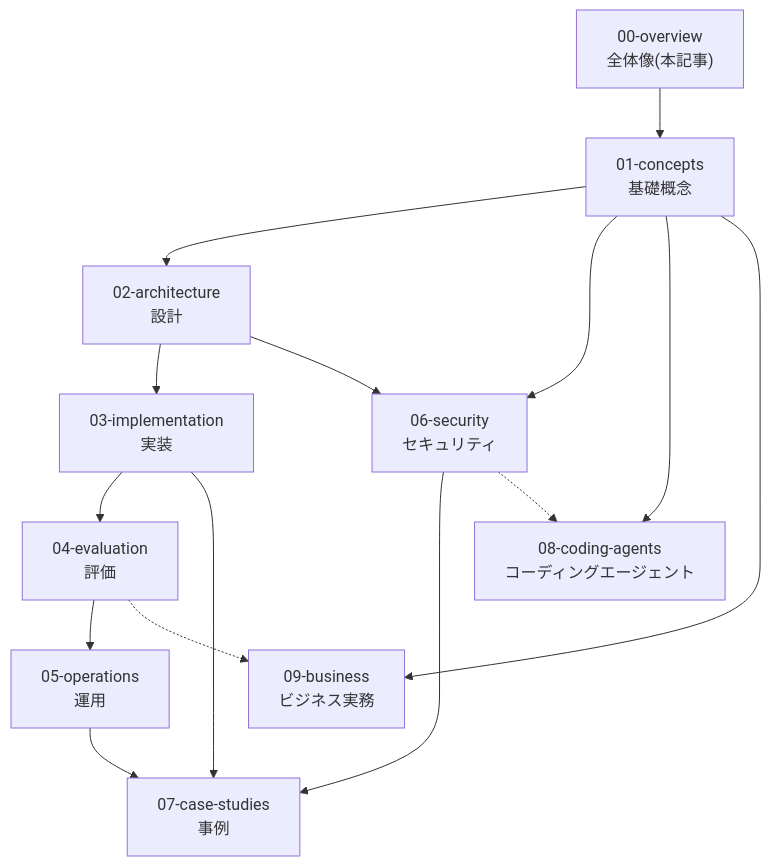
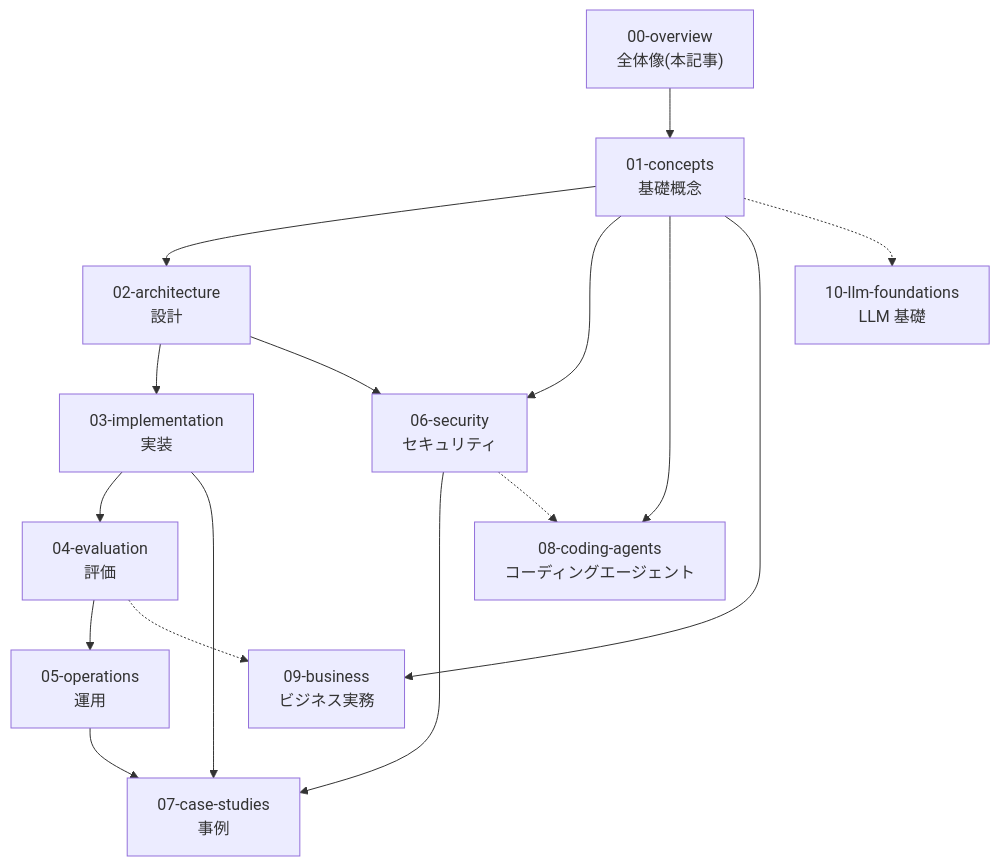
The diagram in docs/00-overview/learning-roadmap.md (pero3dev/ai-agent-library), drawn with Mermaid before and after one commit. The commit also changed other lines of this file and 33 other files, not shown here.

````diff
--- a/docs/00-overview/learning-roadmap.md
+++ b/docs/00-overview/learning-roadmap.md
@@ -32,17 +32,18 @@
 ```mermaid
 flowchart TD
     O["00-overview<br/>全体像(本記事)"] --> C1["01-concepts<br/>基礎概念"]
     C1 --> A2["02-architecture<br/>設計"]
     A2 --> I3["03-implementation<br/>実装"]
     I3 --> E4["04-evaluation<br/>評価"]
     E4 --> P5["05-operations<br/>運用"]
     C1 --> S6["06-security<br/>セキュリティ"]
     A2 --> S6
     I3 --> CS7["07-case-studies<br/>事例"]
     S6 --> CS7
     P5 --> CS7
     C1 --> CA8["08-coding-agents<br/>コーディングエージェント"]
     S6 -.-> CA8
     C1 --> B9["09-business<br/>ビジネス実務"]
     E4 -.-> B9
+    C1 -.-> F10["10-llm-foundations<br/>LLM 基礎"]
 ```
````
